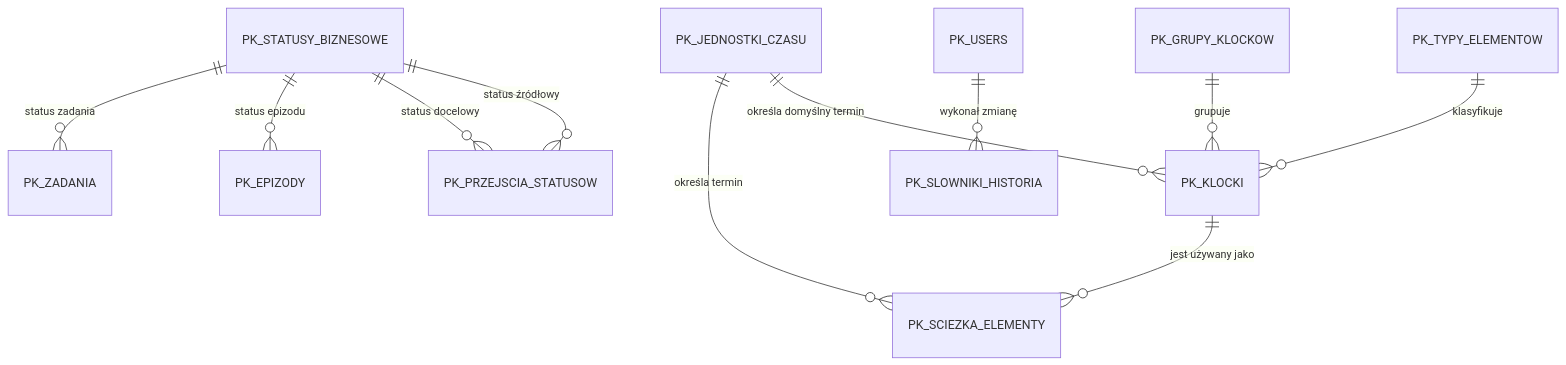
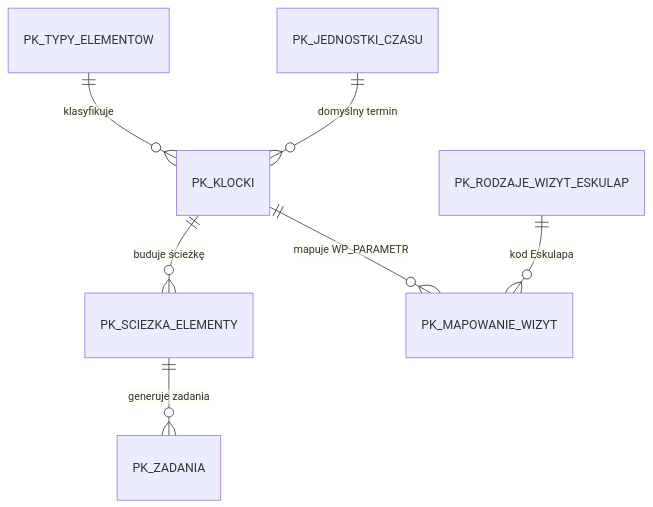
The diagram in docs/ARCHITECTURE/BUSINESS_DICTIONARIES.md (psychlodz/panel-koordynatora), drawn with Mermaid before and after one commit. The commit also changed other lines of this file and 17 other files, not shown here.

````diff
--- a/docs/ARCHITECTURE/BUSINESS_DICTIONARIES.md
+++ b/docs/ARCHITECTURE/BUSINESS_DICTIONARIES.md
@@ -51,13 +16,9 @@
 ```mermaid
 erDiagram
     PK_TYPY_ELEMENTOW ||--o{ PK_KLOCKI : "klasyfikuje"
-    PK_GRUPY_KLOCKOW ||--o{ PK_KLOCKI : "grupuje"
-    PK_JEDNOSTKI_CZASU ||--o{ PK_KLOCKI : "określa domyślny termin"
-    PK_KLOCKI ||--o{ PK_SCIEZKA_ELEMENTY : "jest używany jako"
-    PK_JEDNOSTKI_CZASU ||--o{ PK_SCIEZKA_ELEMENTY : "określa termin"
-    PK_STATUSY_BIZNESOWE ||--o{ PK_PRZEJSCIA_STATUSOW : "status źródłowy"
-    PK_STATUSY_BIZNESOWE ||--o{ PK_PRZEJSCIA_STATUSOW : "status docelowy"
-    PK_STATUSY_BIZNESOWE ||--o{ PK_EPIZODY : "status epizodu"
-    PK_STATUSY_BIZNESOWE ||--o{ PK_ZADANIA : "status zadania"
-    PK_USERS ||--o{ PK_SLOWNIKI_HISTORIA : "wykonał zmianę"
+    PK_JEDNOSTKI_CZASU ||--o{ PK_KLOCKI : "domyślny termin"
+    PK_KLOCKI ||--o{ PK_SCIEZKA_ELEMENTY : "buduje ścieżkę"
+    PK_KLOCKI ||--o{ PK_MAPOWANIE_WIZYT : "mapuje WP_PARAMETR"
+    PK_RODZAJE_WIZYT_ESKULAP ||--o{ PK_MAPOWANIE_WIZYT : "kod Eskulapa"
+    PK_SCIEZKA_ELEMENTY ||--o{ PK_ZADANIA : "generuje zadania"
 ```
````
